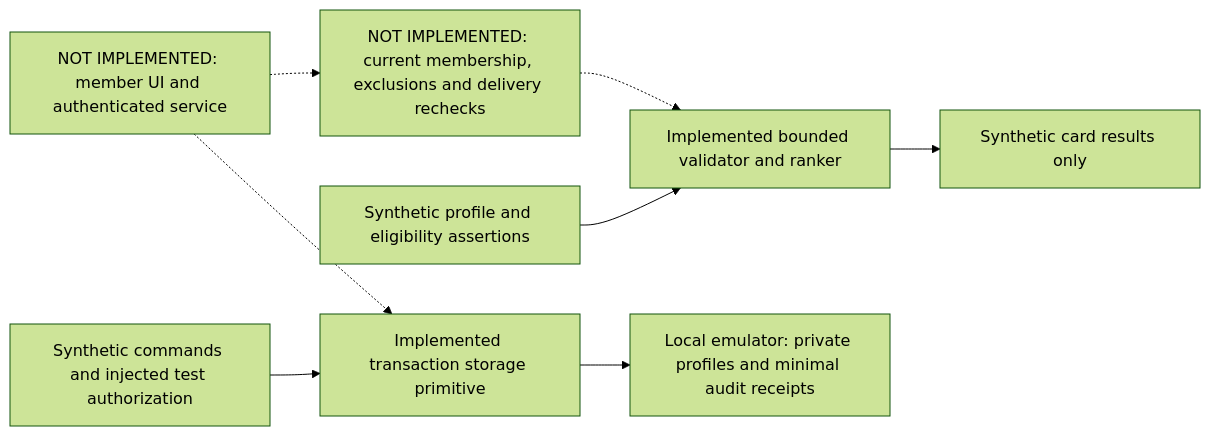
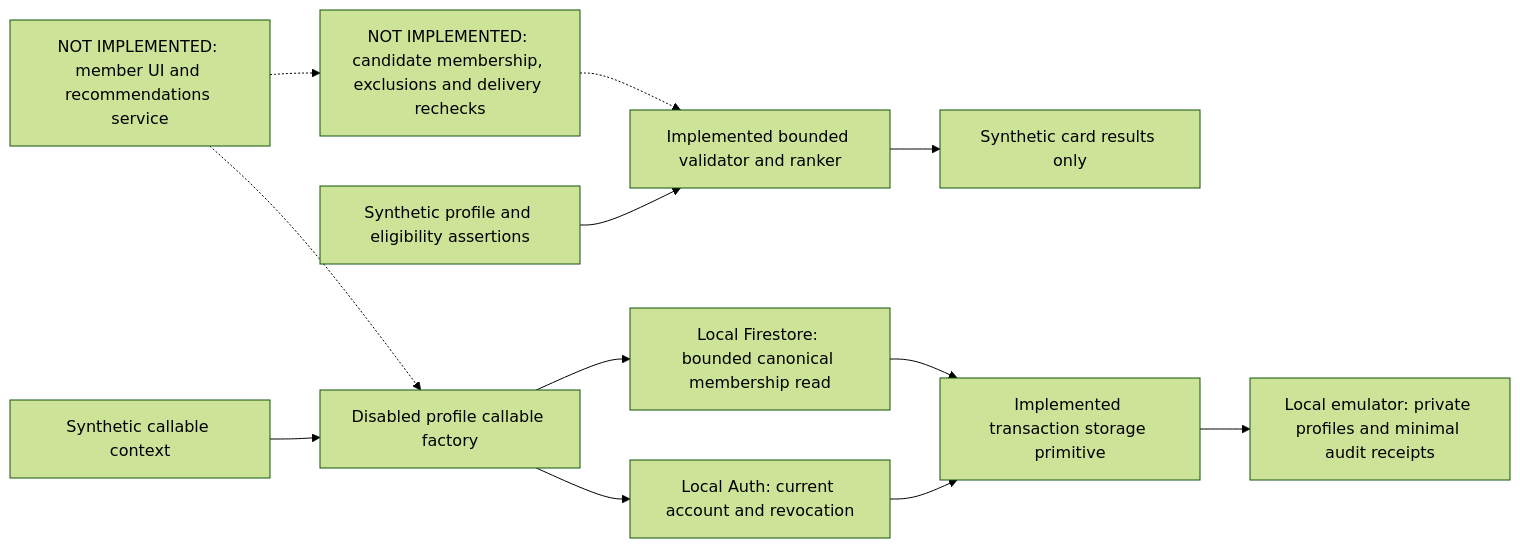
One commit to Run-MPRC/Run-MPRC.github.io changed the diagram in docs/RUNNER_CONNECTIONS.md. Above: the diagram before and after it, drawn with Mermaid (forest theme). The commit also changed other lines of this file and 14 other files, not shown here.

Commit message:
Connect runner profiles to current account and membership checks

````diff
--- a/docs/RUNNER_CONNECTIONS.md
+++ b/docs/RUNNER_CONNECTIONS.md
@@ -95,10 +148,14 @@
 ```mermaid
 flowchart LR
   Fixture["Synthetic profile and eligibility assertions"] --> Core["Implemented bounded validator and ranker"]
   Core --> Cards["Synthetic card results only"]
-  Commands["Synthetic commands and injected test authorization"] --> Store["Implemented transaction storage primitive"]
+  Commands["Synthetic callable context"] --> Service["Disabled profile callable factory"]
+  Service --> Auth["Local Auth: current account and revocation"]
+  Service --> Membership["Local Firestore: bounded canonical membership read"]
+  Auth --> Store["Implemented transaction storage primitive"]
+  Membership --> Store
   Store --> Private["Local emulator: private profiles and minimal audit receipts"]
-  Future["NOT IMPLEMENTED: member UI and authenticated service"] -.-> Store
-  Future -.-> Recheck["NOT IMPLEMENTED: current membership, exclusions and delivery rechecks"]
+  Future["NOT IMPLEMENTED: member UI and recommendations service"] -.-> Service
+  Future -.-> Recheck["NOT IMPLEMENTED: candidate membership, exclusions and delivery rechecks"]
   Recheck -.-> Core
 ```
````
